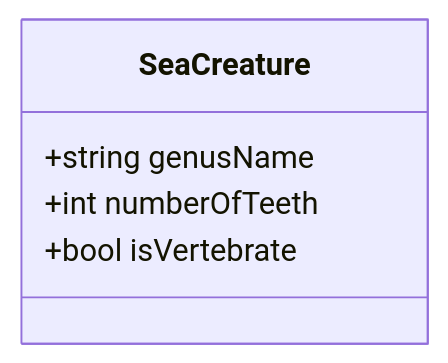
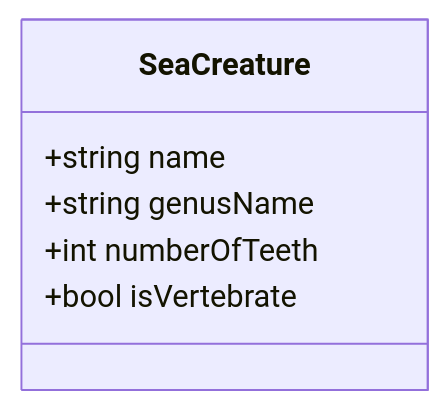
One commit to Ap6661/f26pro08bosch changed the diagram in README.md. Above: the diagram before and after it, drawn with Mermaid.

Commit message:
add class field

````diff
--- a/README.md
+++ b/README.md
@@ -8,7 +8,8 @@
 ```mermaid
 classDiagram
     SeaCreature
+    SeaCreature : +string name
     SeaCreature : +string genusName
     SeaCreature : +int numberOfTeeth
     SeaCreature : +bool isVertebrate
 ```
````
